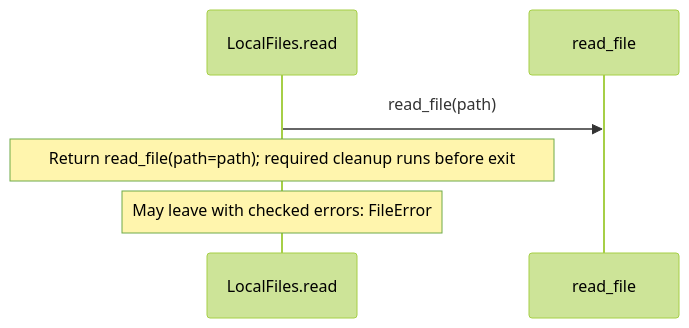
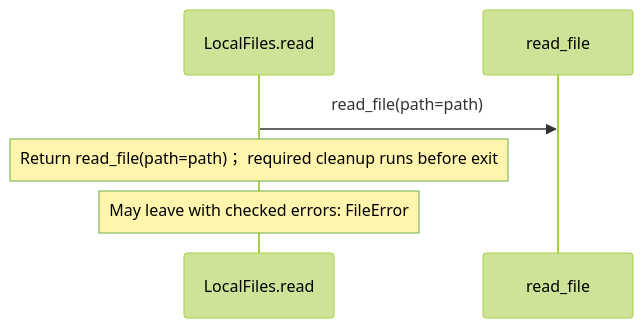
One commit to GreenPandaStudios/augscript changed the third of 5 diagrams in docs/examples/approved-design/dependencies/august/0.23.0/io/contracts-diagrams.md. Above: the diagram before and after it, drawn with Mermaid (forest theme). The commit also changed other lines of this file and 524 other files, not shown here.

Commit message:
Explain checked data flow at folder and service levels

````diff
--- a/docs/examples/approved-design/dependencies/august/0.23.0/io/contracts-diagrams.md
+++ b/docs/examples/approved-design/dependencies/august/0.23.0/io/contracts-diagrams.md
@@ -139,8 +97,8 @@
 ```mermaid
 sequenceDiagram
     participant p0 as LocalFiles.read
     participant p1 as read_file
-    p0->>p1: read_file(path)
-    Note over p0: Return read_file(path=path)#59; required cleanup runs before exit
+    p0->>p1: read_file(path=path)
+    Note over p0: Return read_file(path=path)； required cleanup runs before exit
     Note over p0: May leave with checked errors: FileError
 ```
````
